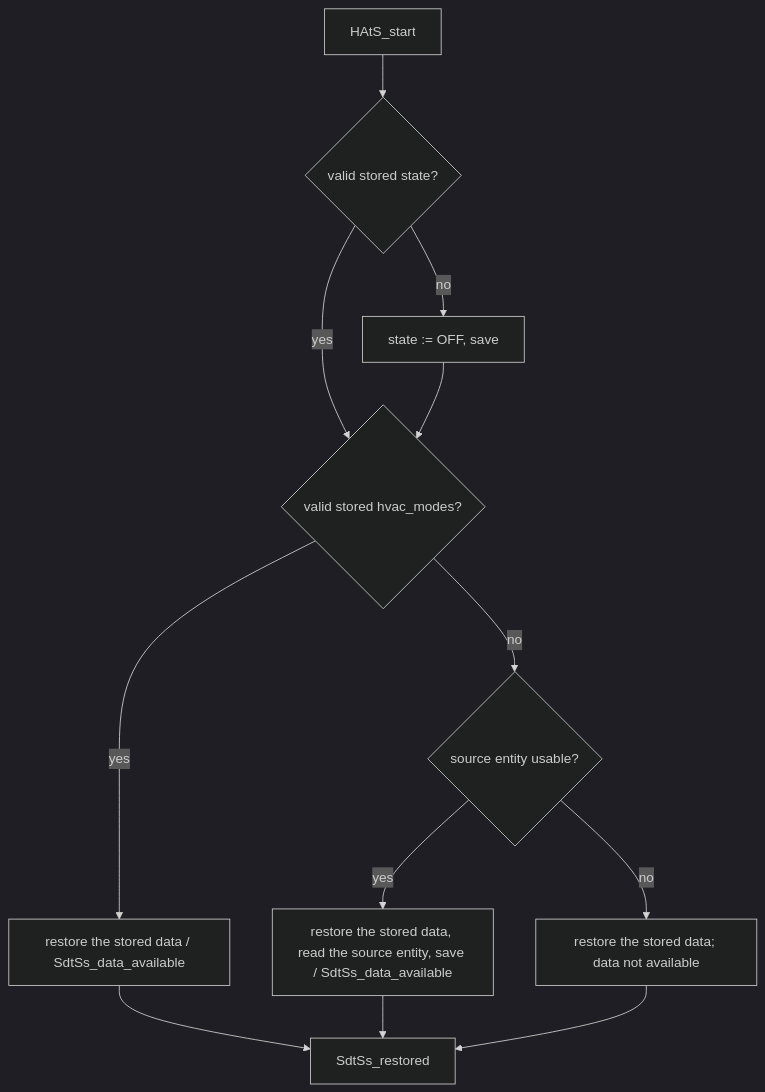
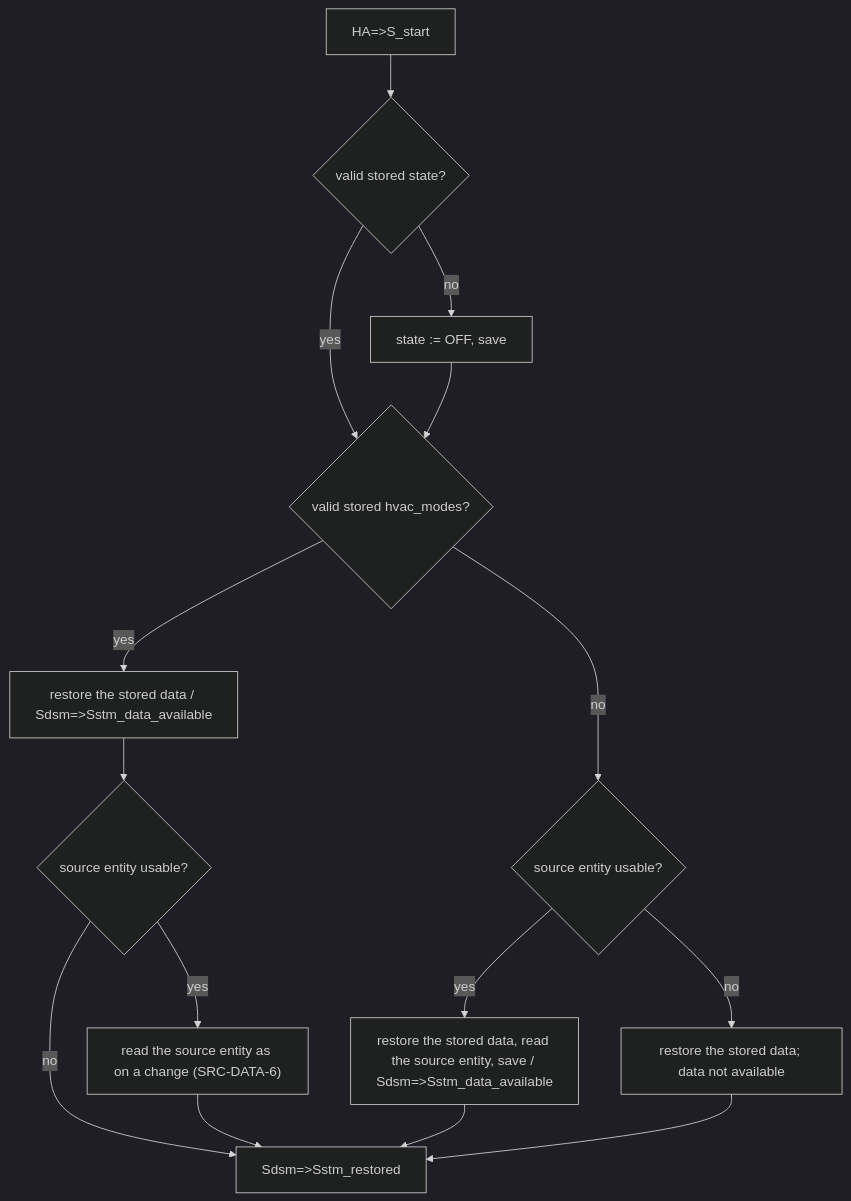
One commit to marsoupilami25/adaptative-climate changed the second of 21 diagrams in SPEC.md. Above: the diagram before and after it, drawn with Mermaid (dark theme). The commit also changed other lines of this file, not shown here.

````diff
--- a/SPEC.md
+++ b/SPEC.md
@@ -327,13 +450,17 @@
 ```mermaid
 flowchart TD
-    S[HAtS_start] --> T{valid stored state?}
+    S["HA=>S_start"] --> T{valid stored state?}
     T -- yes --> A{valid stored hvac_modes?}
     T -- no --> O[state := OFF, save] --> A
-    A -- yes --> R[restore the stored data / SdtSs_data_available]
+    A -- yes --> R["restore the stored data / Sdsm=>Sstm_data_available"]
+    R --> U{source entity usable?}
+    U -- yes --> RU["read the source entity as on a change (SRC-DATA-6)"]
+    U -- no --> E
+    RU --> E
     A -- no --> B{source entity usable?}
-    B -- yes --> C[restore the stored data, read the source entity, save / SdtSs_data_available]
+    B -- yes --> C["restore the stored data, read the source entity, save / Sdsm=>Sstm_data_available"]
     B -- no --> D[restore the stored data; data not available]
-    R --> E[SdtSs_restored]
+    E["Sdsm=>Sstm_restored"]
     C --> E
     D --> E
 ```
````
